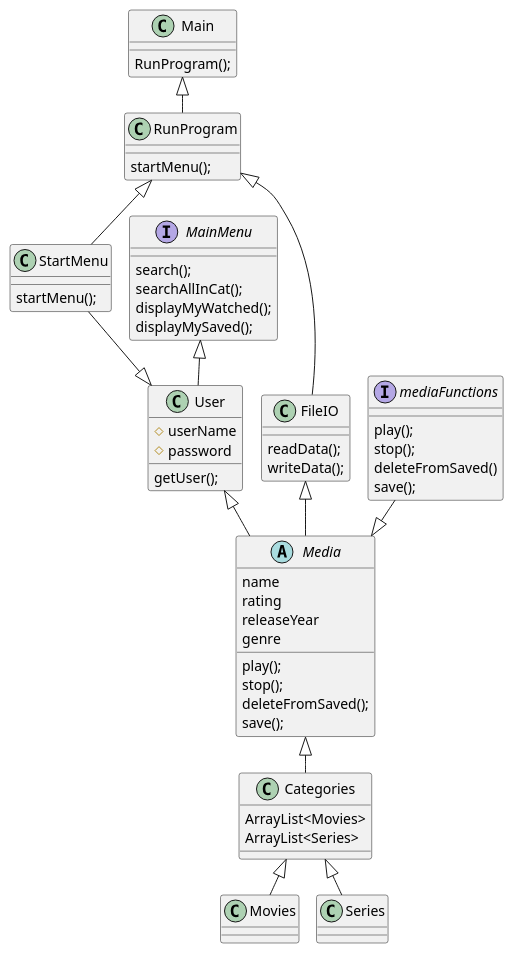
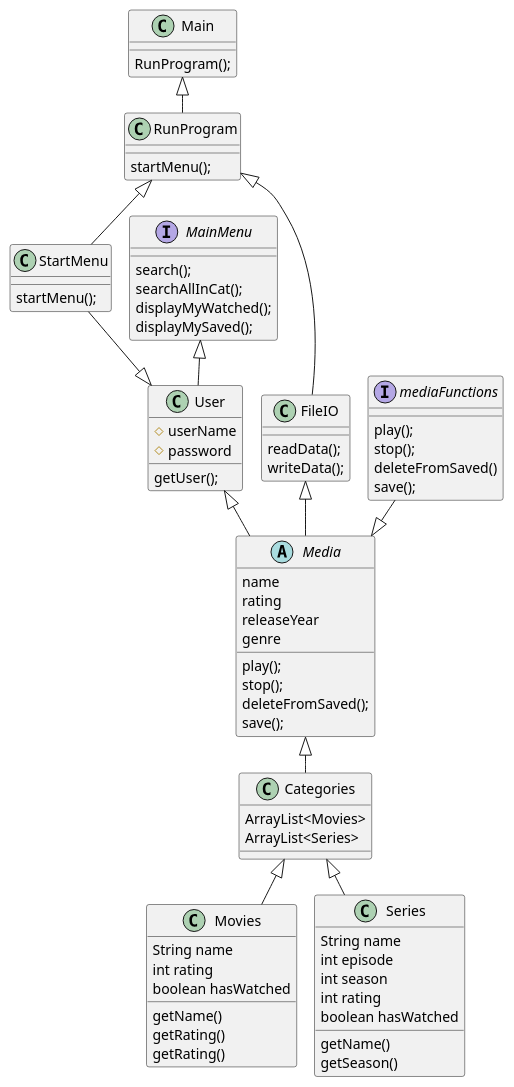
Before and after one commit to SitthichaiPhuanphimai/SP3: the diagram in src/SP3.puml, drawn with PlantUML. The commit also changed 5 other files, not shown here.

```diff
--- a/src/SP3.puml
+++ b/src/SP3.puml
@@ -1,70 +1,86 @@
 @startuml
 'https://plantuml.com/class-diagram
 !pragma layout smetana
 
 Main <|-- RunProgram
 Main : RunProgram();
 
 RunProgram <|--StartMenu
 RunProgram : startMenu();
 
 
 StartMenu : startMenu();
 
 StartMenu --|> User
 MainMenu<|-- User
 User <|-- Media
 
 User : getUser();
 User : #userName
 User : #password
 
 interface mediaFunctions
 abstract class Media
 Class Movies
 Class Series
 Class Categories
+
+Movies : String name
+Movies : int rating
+Movies : boolean hasWatched
+Movies : getName()
+Movies : getRating()
+Movies : getRating()
+
+Series : String name
+Series : int episode
+Series : int season
+Series : int rating
+Series : boolean hasWatched
+Series : getName()
+Series : getSeason()
+
 
 Media : name
 Media : rating
 Media : releaseYear
 Media : genre
 Media : play();
 Media : stop();
 Media : deleteFromSaved();
 Media : save();
 
 Categories : ArrayList<Movies>
 Categories : ArrayList<Series>
 
 Categories <|--Movies
 Categories <|--Series
 
 mediaFunctions : play();
 mediaFunctions : stop();
 mediaFunctions : deleteFromSaved()
 mediaFunctions : save();
 
 
 
 
 mediaFunctions --|> Media
 
 interface MainMenu
 MainMenu : search();
 MainMenu : searchAllInCat();
 MainMenu : displayMyWatched();
 MainMenu : displayMySaved();
 
 
 
 FileIO : readData();
 FileIO : writeData();
 
 RunProgram <|-- FileIO
 Media <|--Categories
 FileIO <|-- Media
 
 
 
 @enduml
```
